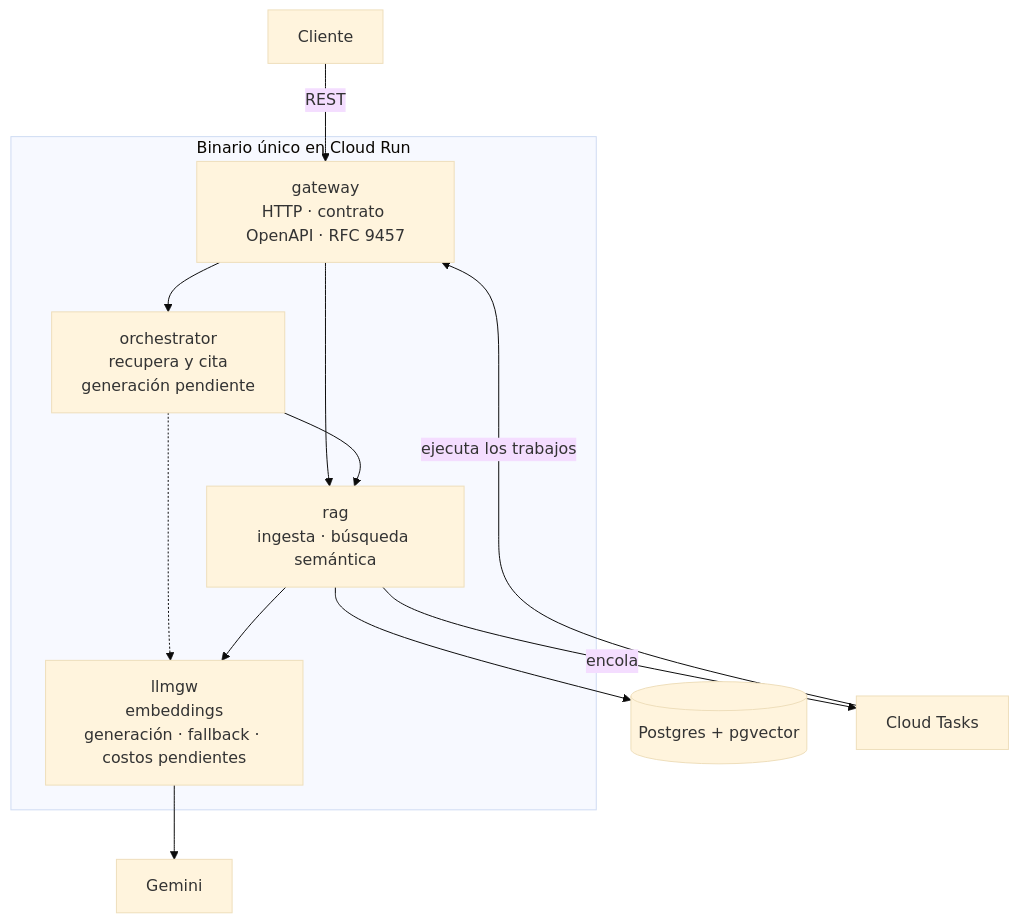
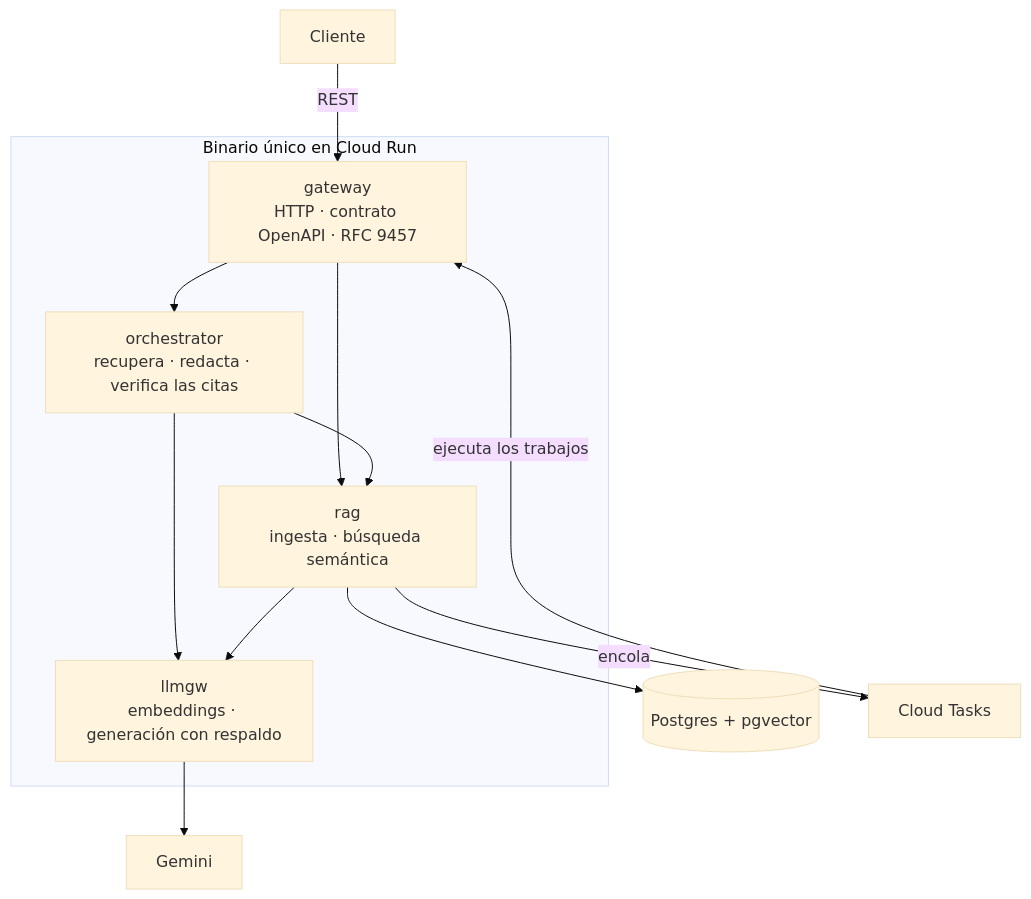
Before and after one commit to rodroguett/ai-doc-platform: the diagram in README.md, drawn with Mermaid (base theme). The commit also changed other lines of this file and 14 other files, not shown here.

First line of the commit message:
feat(orchestrator): redactar las respuestas con citas verificadas (#55)

````diff
--- a/README.md
+++ b/README.md
@@ -66,22 +71,22 @@
 ```mermaid
 graph TD
     Cliente[Cliente]
 
     subgraph Binario["Binario único en Cloud Run"]
         GW[gateway<br/>HTTP · contrato OpenAPI · RFC 9457]
-        ORC[orchestrator<br/>recupera y cita<br/>generación pendiente]
+        ORC[orchestrator<br/>recupera · redacta · verifica las citas]
         RAG[rag<br/>ingesta · búsqueda semántica]
-        LLM[llmgw<br/>embeddings<br/>generación · fallback · costos pendientes]
+        LLM[llmgw<br/>embeddings · generación con respaldo]
     end
 
     Cliente -->|REST| GW
     GW --> ORC
     GW --> RAG
     ORC --> RAG
-    ORC -.-> LLM
+    ORC --> LLM
     RAG --> LLM
     RAG --> PG[(Postgres + pgvector)]
     LLM --> PROV[Gemini]
     TASKS[Cloud Tasks] -->|ejecuta los trabajos| GW
     RAG -->|encola| TASKS
 ```
````
